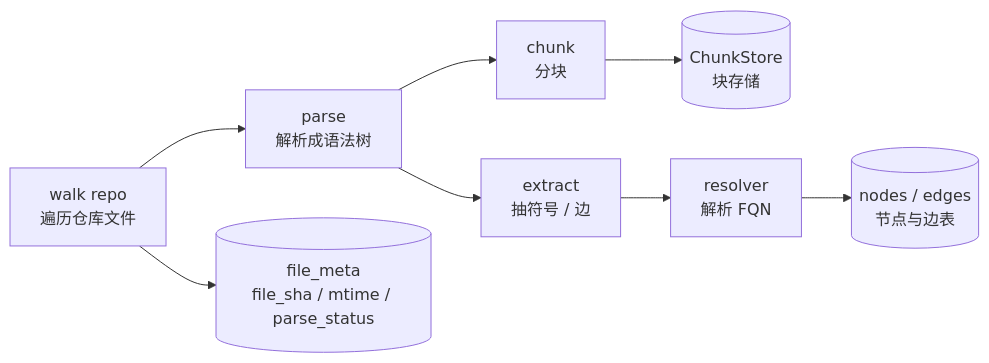
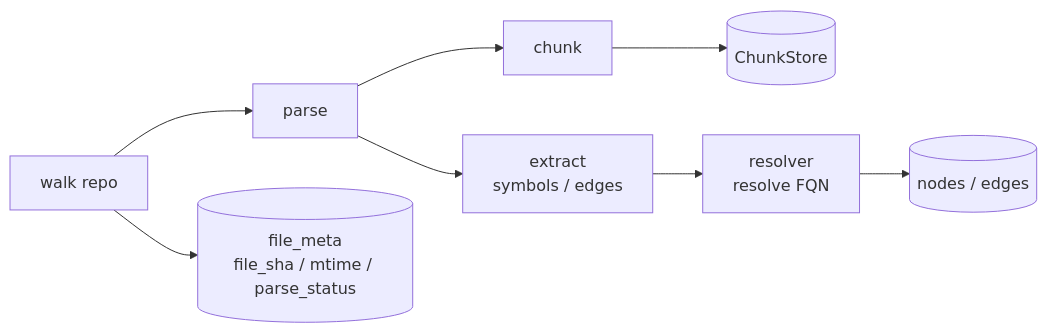
The first of 2 diagrams in docs/plans/phase-1-indexer.md (AndyUneducated/repo-sage), drawn with Mermaid before and after one commit. The commit also changed other lines of this file and 14 other files, not shown here.

````diff
--- a/docs/plans/phase-1-indexer.md
+++ b/docs/plans/phase-1-indexer.md
@@ -32,10 +32,10 @@
 ```mermaid
 flowchart LR
-  Walk["walk repo<br/>遍历仓库文件"] --> Parse["parse<br/>解析成语法树"]
-  Parse --> Chunk["chunk<br/>分块"]
-  Chunk --> CS[("ChunkStore<br/>块存储")]
-  Parse --> Extract["extract<br/>抽符号 / 边"]
-  Extract --> Resolver["resolver<br/>解析 FQN"]
-  Resolver --> NE[("nodes / edges<br/>节点与边表")]
+  Walk["walk repo"] --> Parse["parse"]
+  Parse --> Chunk["chunk"]
+  Chunk --> CS[("ChunkStore")]
+  Parse --> Extract["extract<br/>symbols / edges"]
+  Extract --> Resolver["resolver<br/>resolve FQN"]
+  Resolver --> NE[("nodes / edges")]
   Walk --> FM[("file_meta<br/>file_sha / mtime / parse_status")]
 ```
````
